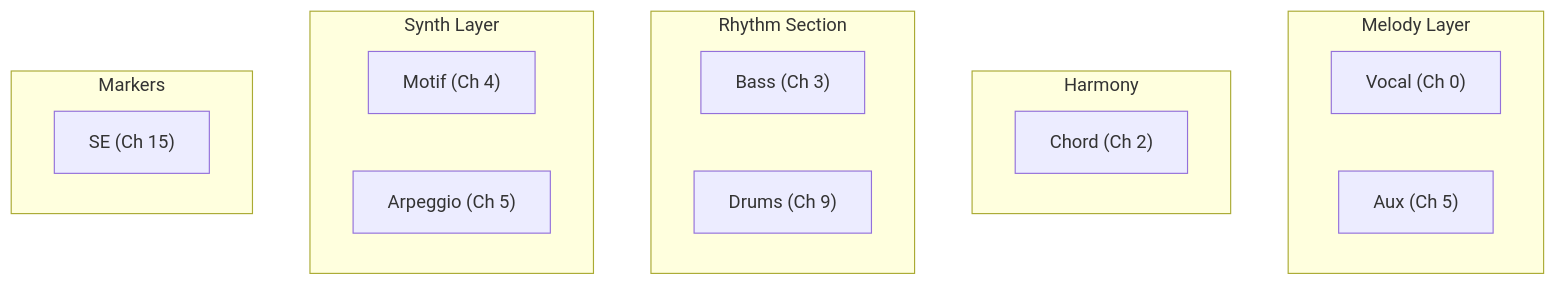
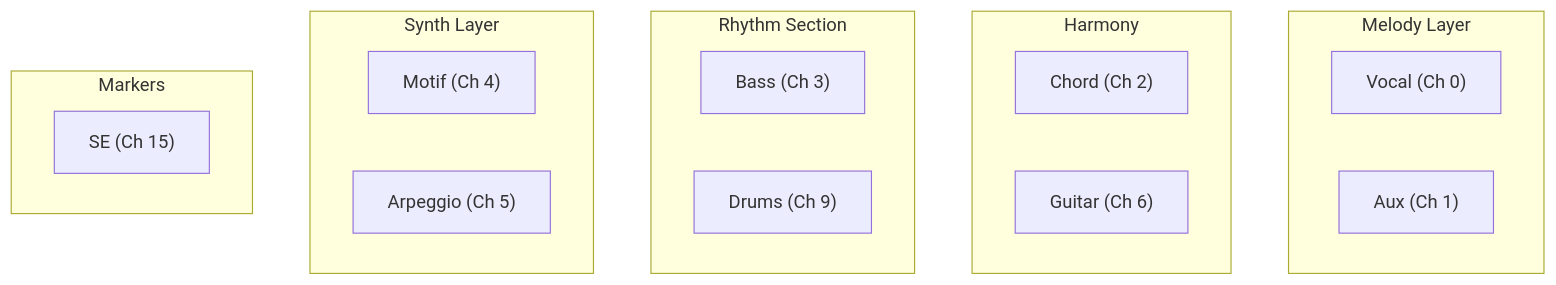
The first of 9 diagrams in src/docs/track-generators.md (libraz/midi-sketch-homepage), drawn with Mermaid before and after one commit. The commit also changed other lines of this file and 24 other files, not shown here.

````diff
--- a/src/docs/track-generators.md
+++ b/src/docs/track-generators.md
@@ -9,25 +9,26 @@
 ```mermaid
 flowchart TB
     subgraph Melody ["Melody Layer"]
         Vocal["Vocal (Ch 0)"]
-        Aux["Aux (Ch 5)"]
+        Aux["Aux (Ch 1)"]
     end
 
     subgraph Harmony ["Harmony"]
         Chord["Chord (Ch 2)"]
+        Guitar["Guitar (Ch 6)"]
     end
 
     subgraph Rhythm ["Rhythm Section"]
         Bass["Bass (Ch 3)"]
         Drums["Drums (Ch 9)"]
     end
 
     subgraph Synth ["Synth Layer"]
         Motif["Motif (Ch 4)"]
         Arpeggio["Arpeggio (Ch 5)"]
     end
 
     subgraph Markers ["Markers"]
         SE["SE (Ch 15)"]
     end
 ```
````
